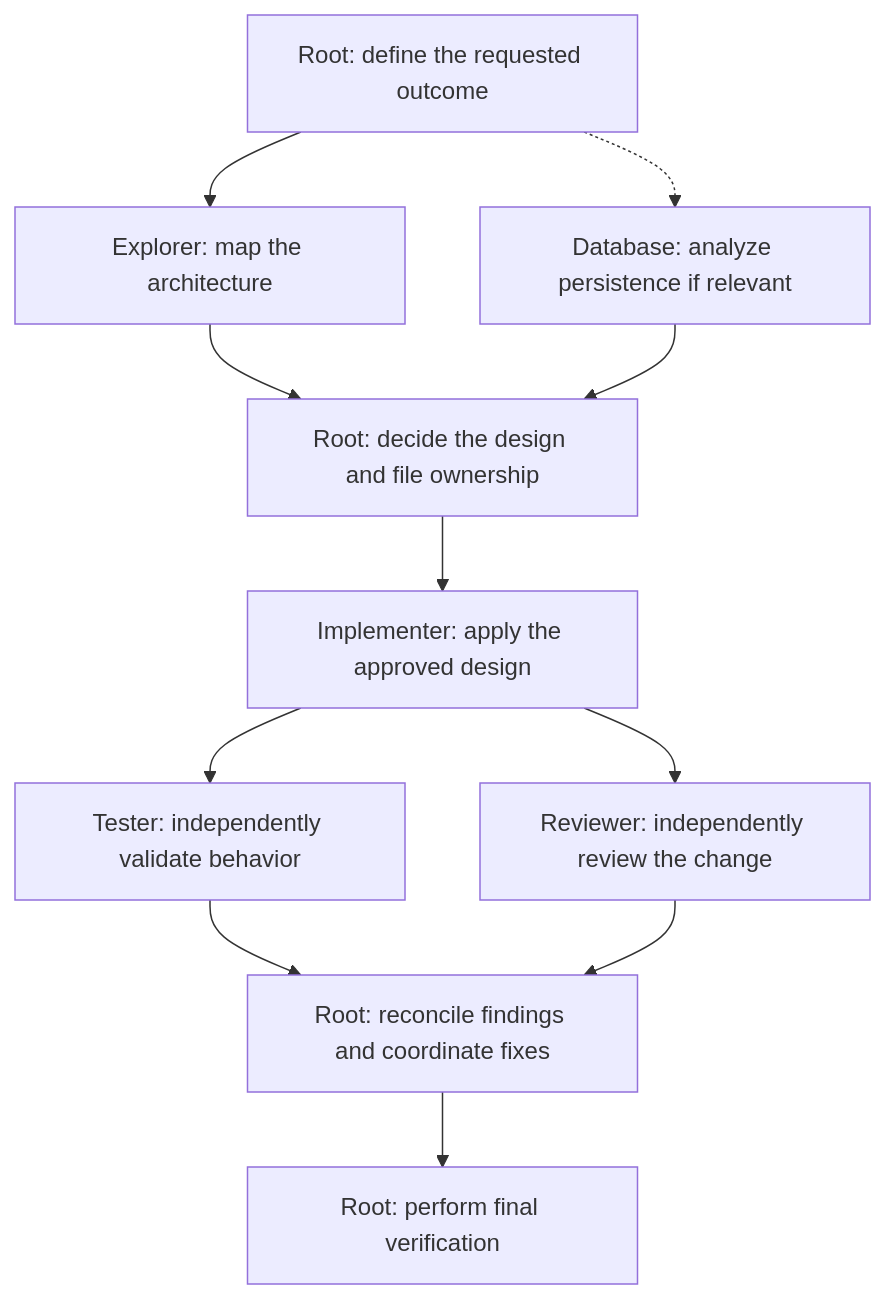
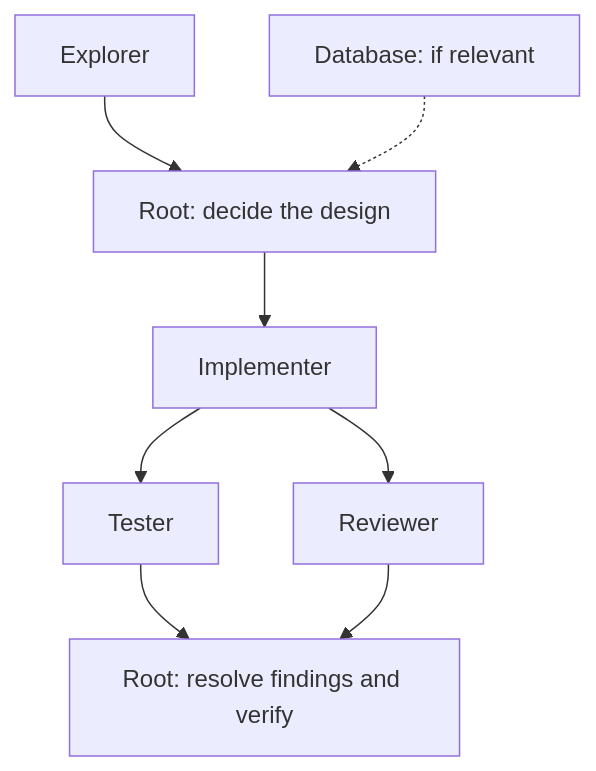
The first of 3 diagrams in README.md (jsainthilaire/agent-rig), drawn with Mermaid before and after one commit. The commit also changed other lines of this file and 65 other files, not shown here.

````diff
--- a/README.md
+++ b/README.md
@@ -94,13 +142,10 @@
 ```mermaid
 flowchart TD
-    Start["Root: define the requested outcome"] --> Explorer["Explorer: map the architecture"]
-    Start -.-> Database["Database: analyze persistence if relevant"]
-    Explorer --> Design["Root: decide the design and file ownership"]
-    Database --> Design
-    Design --> Implementer["Implementer: apply the approved design"]
-    Implementer --> Tester["Tester: independently validate behavior"]
-    Implementer --> Reviewer["Reviewer: independently review the change"]
-    Tester --> Findings["Root: reconcile findings and coordinate fixes"]
-    Reviewer --> Findings
-    Findings --> Verify["Root: perform final verification"]
+    Explorer[Explorer] --> Design[Root: decide the design]
+    Database[Database: if relevant] -.-> Design
+    Design --> Implementer[Implementer]
+    Implementer --> Tester[Tester]
+    Implementer --> Reviewer[Reviewer]
+    Tester --> Verify[Root: resolve findings and verify]
+    Reviewer --> Verify
 ```
````
